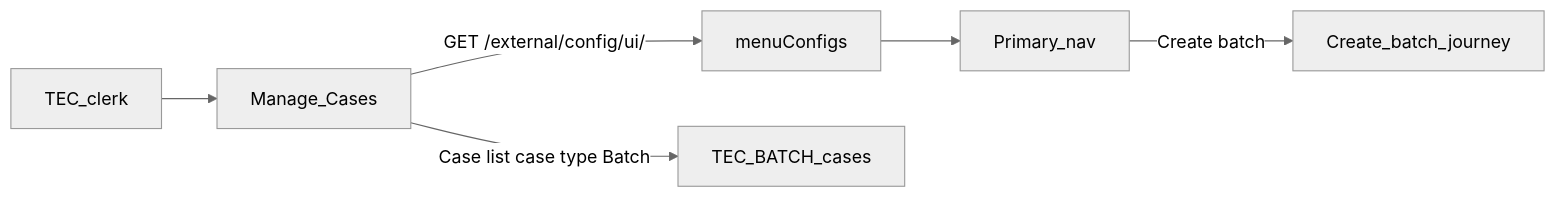
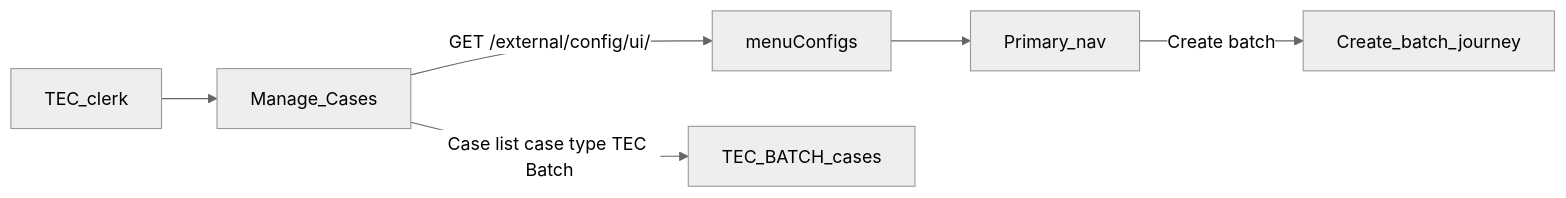
The diagram in docs/exui-manage-batches-plan.md (gonogo/tec-poc), drawn with Mermaid (neutral theme) before and after one commit. The commit also changed other lines of this file and 5 other files, not shown here.

Commit message:
Rename case type display names to TEC PCN and TEC Batch.

````diff
--- a/docs/exui-manage-batches-plan.md
+++ b/docs/exui-manage-batches-plan.md
@@ -22,8 +22,8 @@
 ```mermaid
 flowchart LR
   user[TEC_clerk] --> xui[Manage_Cases]
   xui -->|"GET /external/config/ui/"| menu[menuConfigs]
   menu --> nav[Primary_nav]
   nav -->|"Create batch"| create[Create_batch_journey]
-  xui -->|"Case list case type Batch"| batches[TEC_BATCH_cases]
+  xui -->|"Case list case type TEC Batch"| batches[TEC_BATCH_cases]
 ```
````
